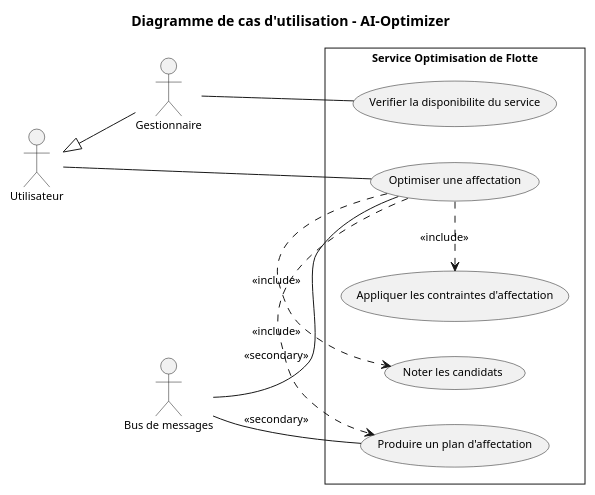
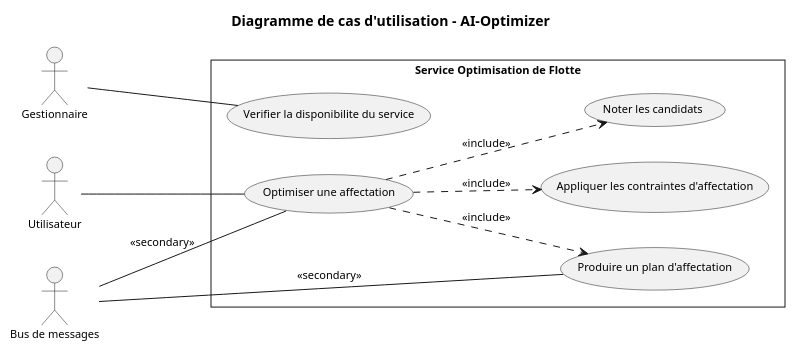
One commit to saber-barhoumi/Xpark-gmao changed the diagram in docs/diagrams/microservices/AI-Optimizer/AI-Optimizer-usecase.puml. Above: the diagram before and after it, drawn with PlantUML. The commit also changed 23 other files, not shown here.

First line of the commit message:
docs(uml): hierarchie d'acteurs et relations entre cas d'utilisation

```diff
--- a/docs/diagrams/microservices/AI-Optimizer/AI-Optimizer-usecase.puml
+++ b/docs/diagrams/microservices/AI-Optimizer/AI-Optimizer-usecase.puml
@@ -1,42 +1,41 @@
 @startuml
 skinparam style strictuml
 skinparam packageStyle rectangle
 skinparam shadowing false
 skinparam defaultFontName Verdana
 skinparam defaultFontSize 11
 skinparam backgroundColor #FFFFFF
 left to right direction
 
 title Diagramme de cas d'utilisation - AI-Optimizer
 
-' Acteurs principaux, empiles verticalement a gauche
+' Acteurs principaux, empiles a gauche du plus general au plus specialise
 actor "Utilisateur" as Utilisateur
 actor "Gestionnaire" as Gestionnaire
 
 ' Generalisation : triangle creux, de l'enfant vers le parent
-Gestionnaire -up-|> Utilisateur
 
 rectangle "Service Optimisation de Flotte" {
   usecase "Optimiser une affectation" as UC_Optimiser_une_affectation
   usecase "Appliquer les contraintes d'affectation" as UC_Appliquer_les_contraintes_d_affect
   usecase "Noter les candidats" as UC_Noter_les_candidats
   usecase "Produire un plan d'affectation" as UC_Produire_un_plan_d_affectation
   usecase "Verifier la disponibilite du service" as UC_Verifier_la_disponibilite_du_servi
 }
 
 ' Acteurs secondaires, a droite, hors de la frontiere
 actor "Bus de messages" as Bus
 
 ' Associations : trait continu sans fleche (relation d'association)
 Utilisateur -- UC_Optimiser_une_affectation
 Gestionnaire -- UC_Verifier_la_disponibilite_du_servi
 
 Bus -- UC_Optimiser_une_affectation : << secondary >>
 Bus -- UC_Produire_un_plan_d_affectation : << secondary >>
 
 ' << include >> : du cas de base vers le cas obligatoire
-UC_Optimiser_une_affectation .[norank].> UC_Appliquer_les_contraintes_d_affect : << include >>
-UC_Optimiser_une_affectation .[norank].> UC_Noter_les_candidats : << include >>
-UC_Optimiser_une_affectation .[norank].> UC_Produire_un_plan_d_affectation : << include >>
+UC_Optimiser_une_affectation ..> UC_Appliquer_les_contraintes_d_affect : << include >>
+UC_Optimiser_une_affectation ..> UC_Noter_les_candidats : << include >>
+UC_Optimiser_une_affectation ..> UC_Produire_un_plan_d_affectation : << include >>
 
 @enduml
```
